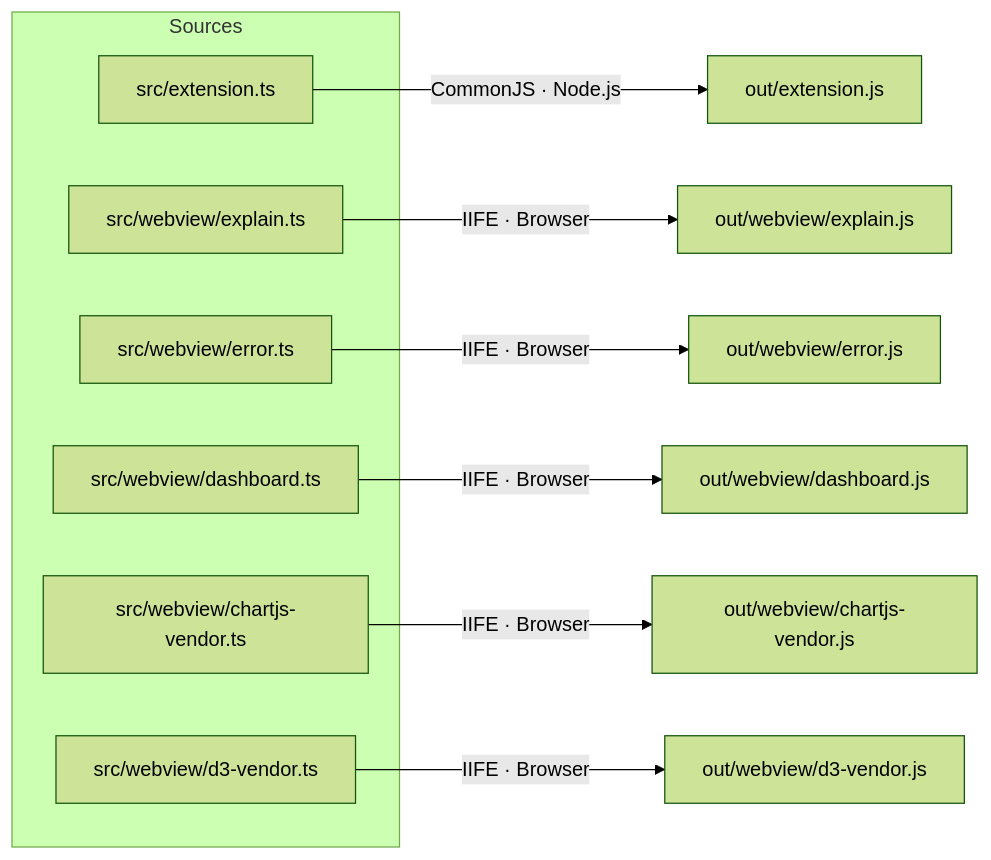
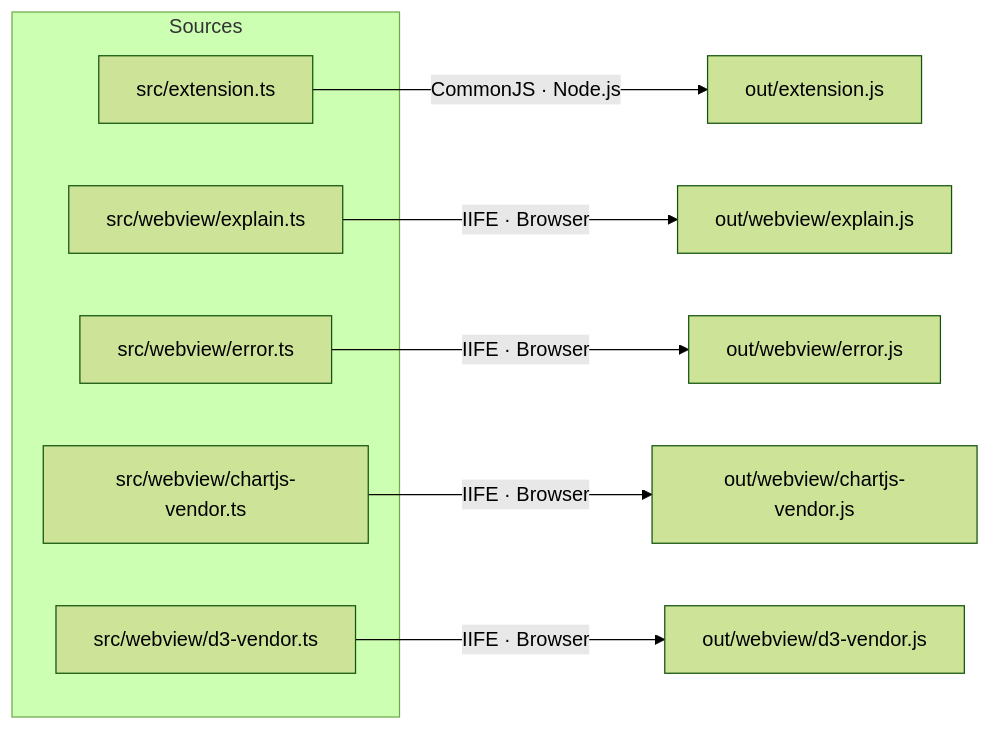
One commit to cesarandreslopez/sidekick-agent-hub changed the first of 2 diagrams in docs/architecture/overview.md. Above: the diagram before and after it, drawn with Mermaid (forest theme). The commit also changed other lines of this file and 240 other files, not shown here.

````diff
--- a/docs/architecture/overview.md
+++ b/docs/architecture/overview.md
@@ -7,18 +9,16 @@
 ```mermaid
 flowchart LR
     subgraph Sources
         EXT["src/extension.ts"]
         EXP["src/webview/explain.ts"]
         ERR["src/webview/error.ts"]
-        DSH["src/webview/dashboard.ts"]
         CHART["src/webview/chartjs-vendor.ts"]
         D3["src/webview/d3-vendor.ts"]
     end
 
     EXT -->|CommonJS · Node.js| O1["out/extension.js"]
     EXP -->|IIFE · Browser| O2["out/webview/explain.js"]
     ERR -->|IIFE · Browser| O3["out/webview/error.js"]
-    DSH -->|IIFE · Browser| O4["out/webview/dashboard.js"]
-    CHART -->|IIFE · Browser| O5["out/webview/chartjs-vendor.js"]
-    D3 -->|IIFE · Browser| O6["out/webview/d3-vendor.js"]
+    CHART -->|IIFE · Browser| O4["out/webview/chartjs-vendor.js"]
+    D3 -->|IIFE · Browser| O5["out/webview/d3-vendor.js"]
 ```
````
